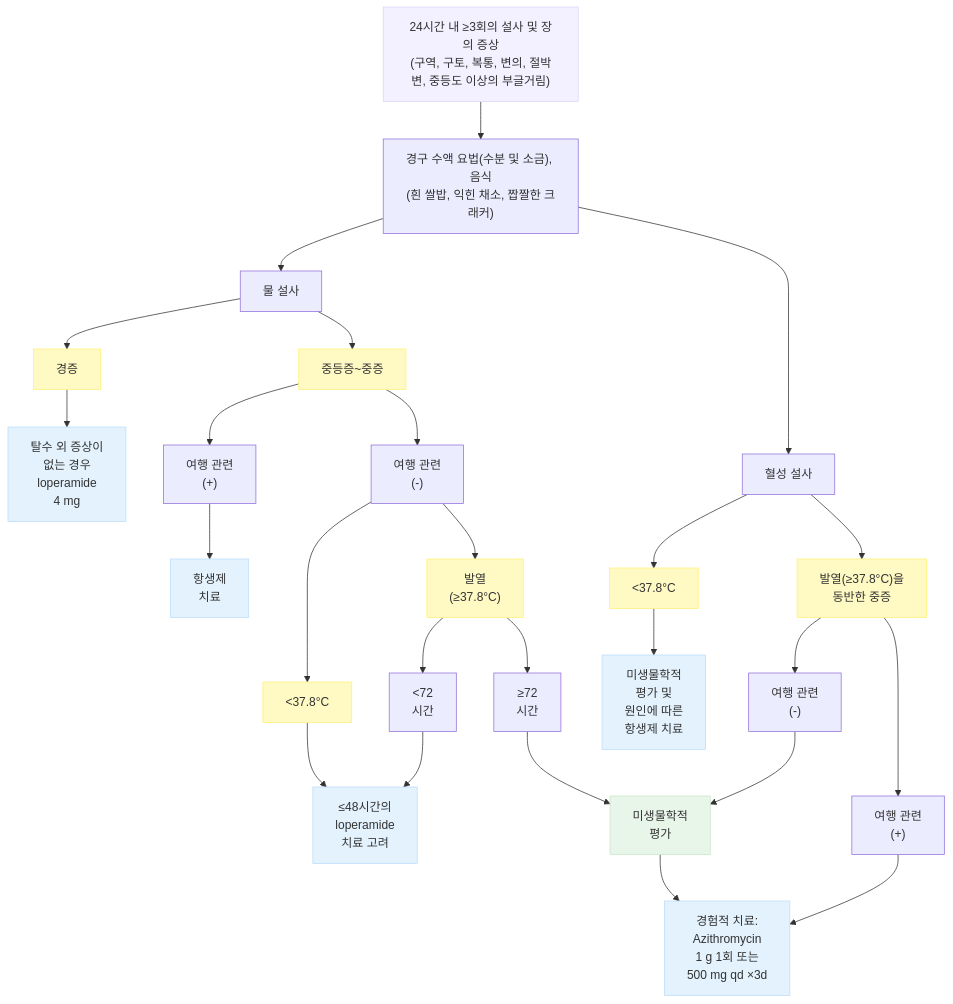
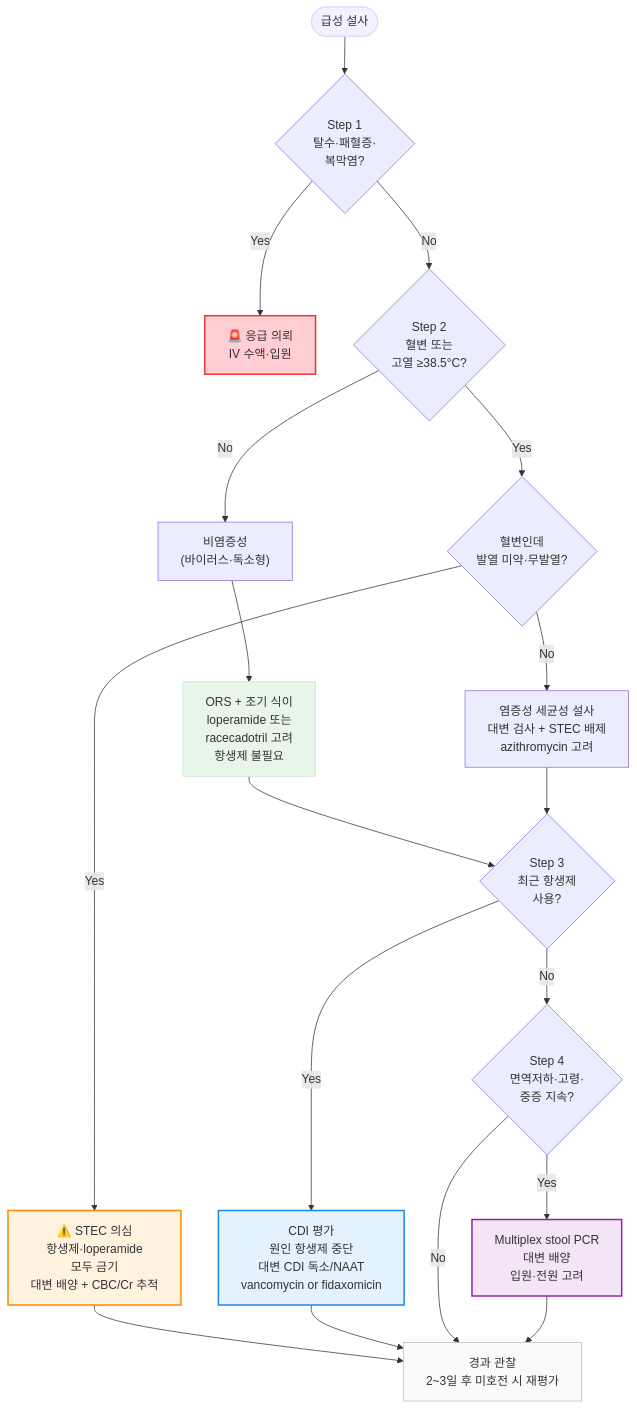
Before and after one commit to familyoh77/familyoh77: the diagram in 224_/083_-acute-diarrhea.md, drawn with Mermaid. The commit also changed other lines of this file, not shown here.

````diff
--- a/224_/083_-acute-diarrhea.md
+++ b/224_/083_-acute-diarrhea.md
@@ -243,92 +173,49 @@
 ```mermaid
 graph TD
-    %% Node Definitions
-    Start["24시간 내 ≥3회의 설사 및 장의 증상<br/>(구역, 구토, 복통, 변의, 절박변, 중등도 이상의 부글거림)"]
-    Fluids["경구 수액 요법(수분 및 소금), 음식<br/>(흰 쌀밥, 익힌 채소, 짭짤한 크래커)"]
-    
-    Watery["물 설사"]
-    Bloody["혈성 설사"]
-    
-    Mild_W["경증"]
-    Mod_Sev_W["중등증~중증"]
-    
-    Loperamide_4["탈수 외 증상이<br/>없는 경우<br/>loperamide<br/>4 mg"]
-    
-    Travel_P["여행 관련<br/>(+)"]
-    Travel_N["여행 관련<br/>(-)"]
-    
-    Abx_Tx["항생제<br/>치료"]
-    
-    Fever_N_W["<37.8°C"]
-    Fever_P_W["발열<br/>(≥37.8°C)"]
-    
-    Loperamide_48["≤48시간의<br/>loperamide<br/>치료 고려"]
-    
-    Time_72N["<72<br/>시간"]
-    Time_72P["≥72<br/>시간"]
-    
-    Micro_Eval["미생물학적<br/>평가"]
-    
-    Fever_N_B["<37.8°C"]
-    Fever_P_B["발열(≥37.8°C)을<br/>동반한 중증"]
-    
-    Micro_Abx["미생물학적<br/>평가 및<br/>원인에 따른<br/>항생제 치료"]
-    
-    Travel_N_B["여행 관련<br/>(-)"]
-    Travel_P_B["여행 관련<br/>(+)"]
-    
-    Empirical_Tx["경험적 치료:<br/>Azithromycin<br/>1 g 1회 또는<br/>500 mg qd ×3d"]
-    Micro_Eval --> Empirical_Tx
+    Start(["급성 설사"])
 
-    %% Connections
-    Start --> Fluids
-    Fluids --> Watery
-    Fluids --> Bloody
-    
-    Watery --> Mild_W
-    Watery --> Mod_Sev_W
-    
-    Mild_W --> Loperamide_4
-    
-    Mod_Sev_W --> Travel_P
-    Mod_Sev_W --> Travel_N
-    
-    Travel_P --> Abx_Tx
-    
-    Travel_N --> Fever_N_W
-    Travel_N --> Fever_P_W
-    
-    Fever_N_W --> Loperamide_48
-    
-    Fever_P_W --> Time_72N
-    Fever_P_W --> Time_72P
-    
-    Time_72N --> Loperamide_48
-    Time_72P --> Micro_Eval
-    
-    Bloody --> Fever_N_B
-    Bloody --> Fever_P_B
-    
-    Fever_N_B --> Micro_Abx
-    
-    Fever_P_B --> Travel_N_B
-    Fever_P_B --> Travel_P_B
-    
-    Travel_N_B --> Micro_Eval
-    Travel_P_B --> Empirical_Tx
+    S1{"Step 1<br/>탈수·패혈증·<br/>복막염?"}
+    Emergency["🚨 응급 의뢰<br/>IV 수액·입원"]
 
-    %% Styling
+    S2{"Step 2<br/>혈변 또는<br/>고열 ≥38.5°C?"}
+
+    NonInfl["비염증성<br/>(바이러스·독소형)"]
+    NonInflTx["ORS + 조기 식이<br/>loperamide 또는<br/>racecadotril 고려<br/>항생제 불필요"]
+
+    STECq{"혈변인데<br/>발열 미약·무발열?"}
+    STEC["⚠️ STEC 의심<br/>항생제·loperamide<br/>모두 금기<br/>대변 배양 + CBC/Cr 추적"]
+    Infl["염증성 세균성 설사<br/>대변 검사 + STEC 배제<br/>azithromycin 고려"]
+
+    S3{"Step 3<br/>최근 항생제<br/>사용?"}
+    CDI["CDI 평가<br/>원인 항생제 중단<br/>대변 CDI 독소/NAAT<br/>vancomycin or fidaxomicin"]
+
+    S4{"Step 4<br/>면역저하·고령·<br/>중증 지속?"}
+    HighRisk["Multiplex stool PCR<br/>대변 배양<br/>입원·전원 고려"]
+    FU["경과 관찰<br/>2~3일 후 미호전 시 재평가"]
+
+    Start --> S1
+    S1 -->|Yes| Emergency
+    S1 -->|No| S2
+    S2 -->|No| NonInfl
+    NonInfl --> NonInflTx
+    S2 -->|Yes| STECq
+    STECq -->|Yes| STEC
+    STECq -->|No| Infl
+    NonInflTx --> S3
+    Infl --> S3
+    STEC --> FU
+    S3 -->|Yes| CDI
+    S3 -->|No| S4
+    CDI --> FU
+    S4 -->|Yes| HighRisk
+    S4 -->|No| FU
+    HighRisk --> FU
+
+    style Emergency fill:#ffcdd2,stroke:#e53935,stroke-width:2px
+    style STEC fill:#fff3e0,stroke:#fb8c00,stroke-width:2px
+    style CDI fill:#e3f2fd,stroke:#1e88e5,stroke-width:2px
+    style HighRisk fill:#f3e5f5,stroke:#8e24aa,stroke-width:2px
     style Start fill:#f3f0ff,stroke:#dcd6f7
-    style Mild_W fill:#fff9c4,stroke:#fff176
-    style Mod_Sev_W fill:#fff9c4,stroke:#fff176
-    style Fever_N_W fill:#fff9c4,stroke:#fff176
-    style Fever_P_W fill:#fff9c4,stroke:#fff176
-    style Fever_N_B fill:#fff9c4,stroke:#fff176
-    style Fever_P_B fill:#fff9c4,stroke:#fff176
-    style Loperamide_4 fill:#e3f2fd,stroke:#bbdefb
-    style Abx_Tx fill:#e3f2fd,stroke:#bbdefb
-    style Loperamide_48 fill:#e3f2fd,stroke:#bbdefb
-    style Micro_Abx fill:#e3f2fd,stroke:#bbdefb
-    style Empirical_Tx fill:#e3f2fd,stroke:#bbdefb
-    style Micro_Eval fill:#e8f5e9,stroke:#c8e6c9
+    style NonInflTx fill:#e8f5e9,stroke:#c8e6c9
+    style FU fill:#fafafa,stroke:#bdbdbd
 ```
````
